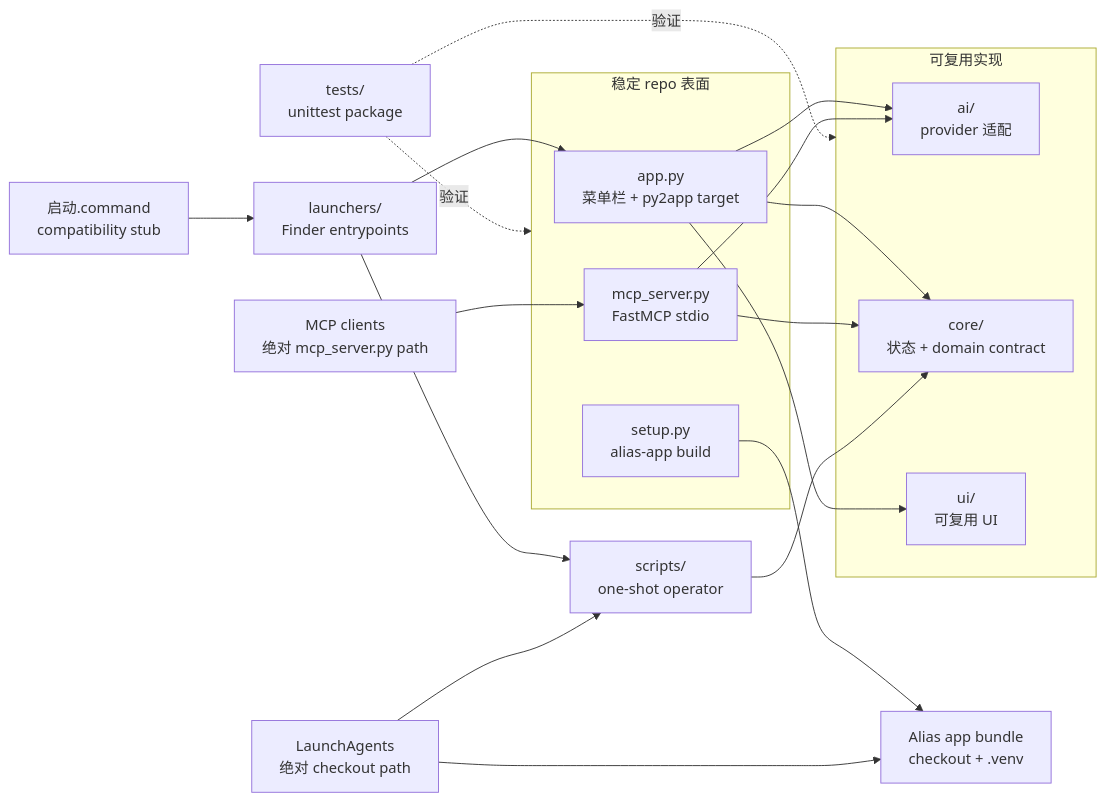
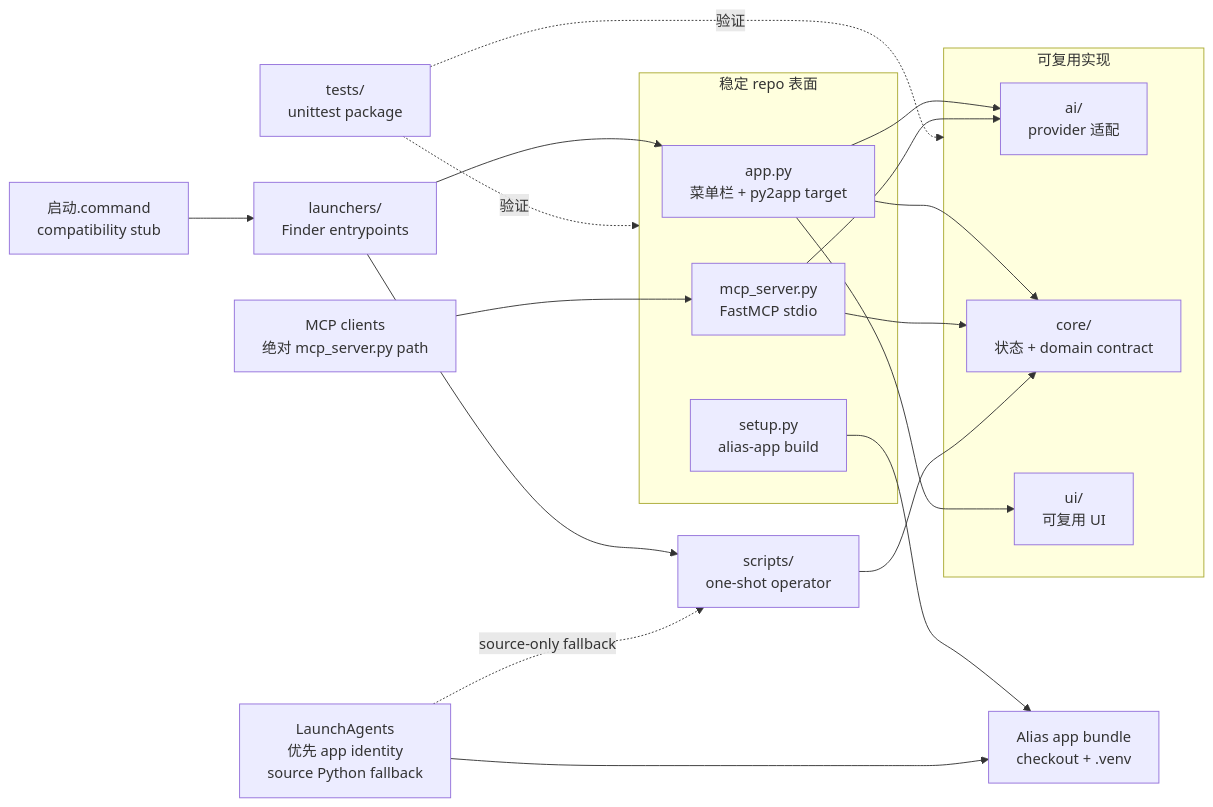
One commit to axinjjj/we-groupchat-obsidian changed the diagram in README.zh-CN.md. Above: the diagram before and after it, drawn with Mermaid. The commit also changed other lines of this file and 17 other files, not shown here.

````diff
--- a/README.zh-CN.md
+++ b/README.zh-CN.md
@@ -600,36 +610,36 @@
 ```mermaid
 flowchart LR
   subgraph Root["稳定 repo 表面"]
     APP["app.py<br/>菜单栏 + py2app target"]
     MCP["mcp_server.py<br/>FastMCP stdio"]
     SETUP["setup.py<br/>alias-app build"]
   end
   subgraph Packages["可复用实现"]
     AI["ai/<br/>provider 适配"]
     CORE["core/<br/>状态 + domain contract"]
     UI["ui/<br/>可复用 UI"]
   end
   SCRIPTS["scripts/<br/>one-shot operator"]
   LAUNCHERS["launchers/<br/>Finder entrypoints"]
   ROOTSTART["启动.command<br/>compatibility stub"]
   TESTS["tests/<br/>unittest package"]
-  AGENTS["LaunchAgents<br/>绝对 checkout path"]
+  AGENTS["LaunchAgents<br/>优先 app identity<br/>source Python fallback"]
   BUNDLE["Alias app bundle<br/>checkout + .venv"]
   CLIENTS["MCP clients<br/>绝对 mcp_server.py path"]
 
   APP --> AI
   APP --> CORE
   APP --> UI
   MCP --> AI
   MCP --> CORE
   SCRIPTS --> CORE
   ROOTSTART --> LAUNCHERS
   LAUNCHERS --> APP
   LAUNCHERS --> SCRIPTS
   SETUP --> BUNDLE
   AGENTS --> BUNDLE
-  AGENTS --> SCRIPTS
+  AGENTS -. "source-only fallback" .-> SCRIPTS
   CLIENTS --> MCP
   TESTS -. "验证" .-> Root
   TESTS -. "验证" .-> Packages
 ```
````
